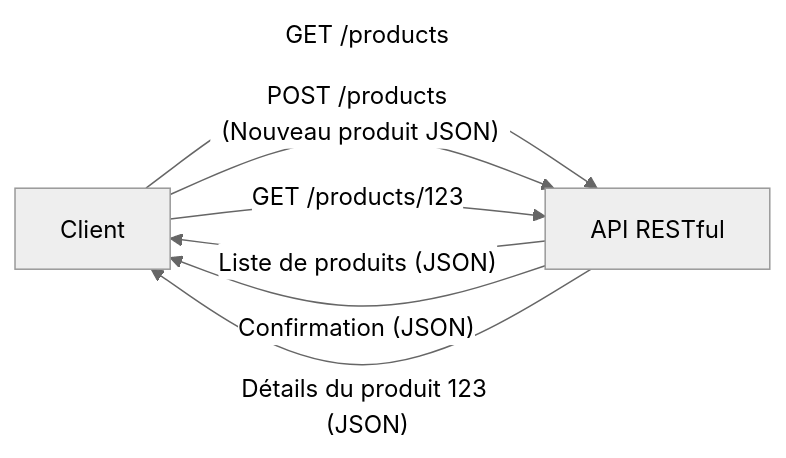
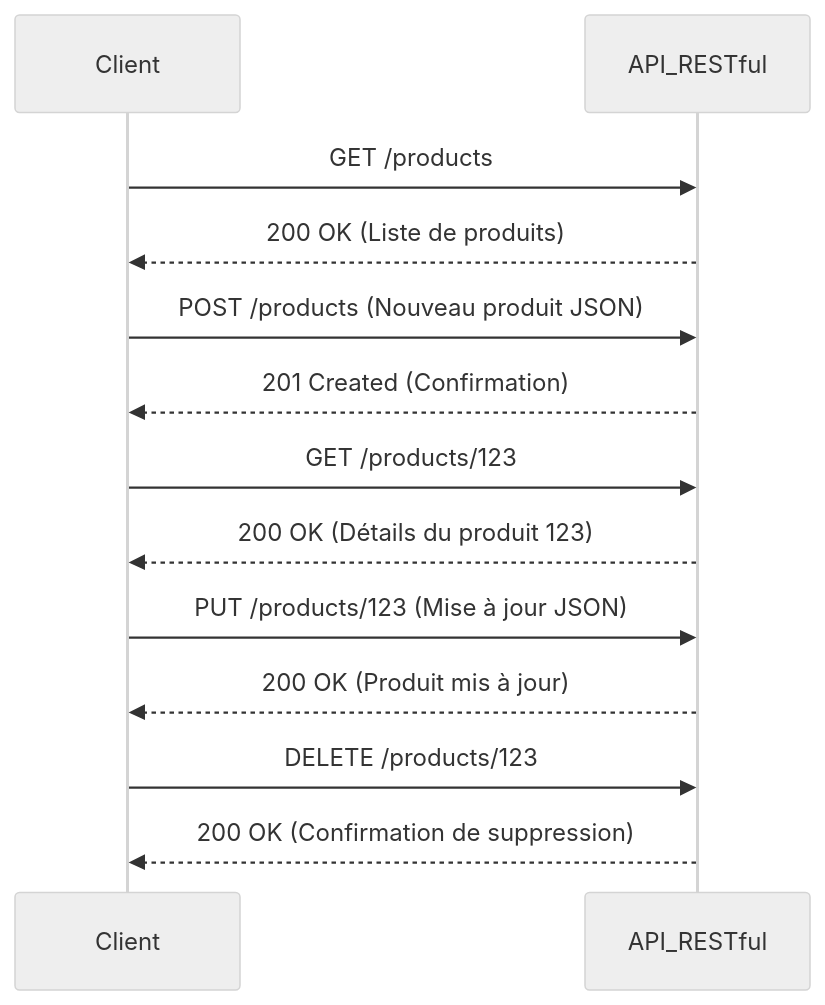
Before and after one commit to alaminedione/leJardinDesNotes: the diagram in content/system-design-concepts/8-rest-api.md, drawn with Mermaid (neutral theme). The commit also changed 30 other files, not shown here.

````diff
--- a/content/system-design-concepts/8-rest-api.md
+++ b/content/system-design-concepts/8-rest-api.md
@@ -100,11 +100,20 @@
 ```mermaid
-graph LR
-    Client -- GET /products --> API[API RESTful]
-    API -- Liste de produits (JSON) --> Client
+sequenceDiagram
+    participant Client
+    participant API_RESTful
 
-    Client -- POST /products (Nouveau produit JSON) --> API
-    API -- Confirmation (JSON) --> Client
+    Client->>API_RESTful: GET /products
+    API_RESTful-->>Client: 200 OK (Liste de produits)
 
-    Client -- GET /products/123 --> API
-    API -- Détails du produit 123 (JSON) --> Client
+    Client->>API_RESTful: POST /products (Nouveau produit JSON)
+    API_RESTful-->>Client: 201 Created (Confirmation)
+
+    Client->>API_RESTful: GET /products/123
+    API_RESTful-->>Client: 200 OK (Détails du produit 123)
+
+    Client->>API_RESTful: PUT /products/123 (Mise à jour JSON)
+    API_RESTful-->>Client: 200 OK (Produit mis à jour)
+
+    Client->>API_RESTful: DELETE /products/123
+    API_RESTful-->>Client: 200 OK (Confirmation de suppression)
 ```
````
